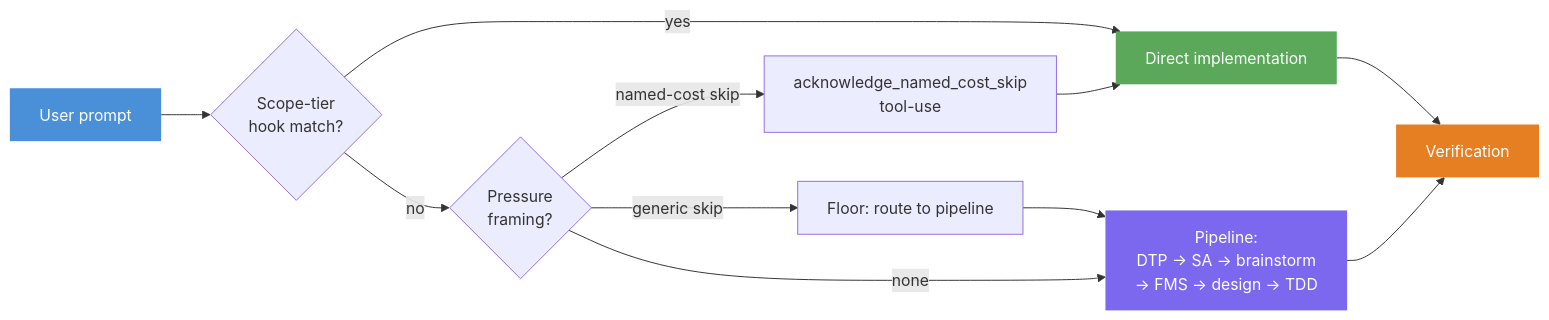
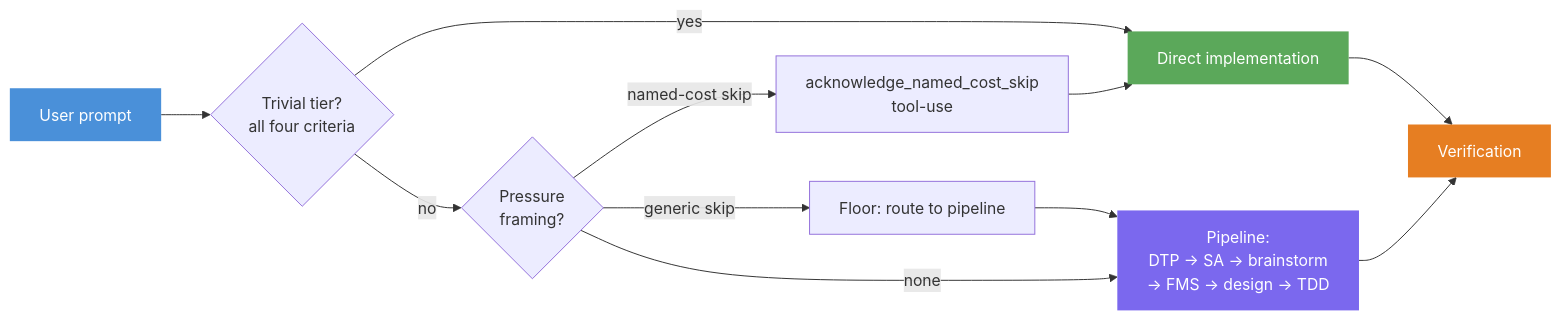
One commit to chriscantu/claude-config changed the first of 3 diagrams in docs/mental-model.md. Above: the diagram before and after it, drawn with Mermaid. The commit also changed other lines of this file and 58 other files, not shown here.

First line of the commit message:
Cut dead and duplicate config: scope-tier hook, CLAUDE.md repeats, #552 regexes (#554)

````diff
--- a/docs/mental-model.md
+++ b/docs/mental-model.md
@@ -13,17 +13,17 @@
 ```mermaid
 flowchart LR
-    P[User prompt] --> H{Scope-tier<br/>hook match?}
+    P[User prompt] --> H{Trivial tier?<br/>all four criteria}
     H -->|yes| I[Direct implementation]
     H -->|no| F{Pressure<br/>framing?}
     F -->|named-cost skip| E["acknowledge_named_cost_skip<br/>tool-use"] --> I
     F -->|generic skip| FL[Floor: route to pipeline]
     F -->|none| PL["Pipeline:<br/>DTP → SA → brainstorm<br/>→ FMS → design → TDD"]
     FL --> PL
     PL --> V[Verification]
     I --> V
 
     style P fill:#4a90d9,color:#fff,stroke:none
     style PL fill:#7b68ee,color:#fff,stroke:none
     style V fill:#e67e22,color:#fff,stroke:none
     style I fill:#5ba85a,color:#fff,stroke:none
 ```
````
